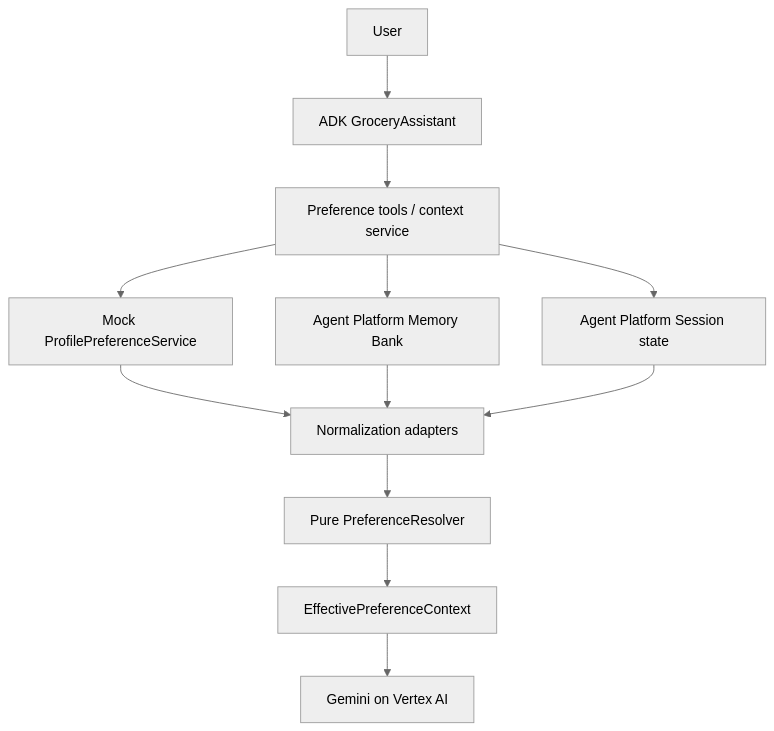
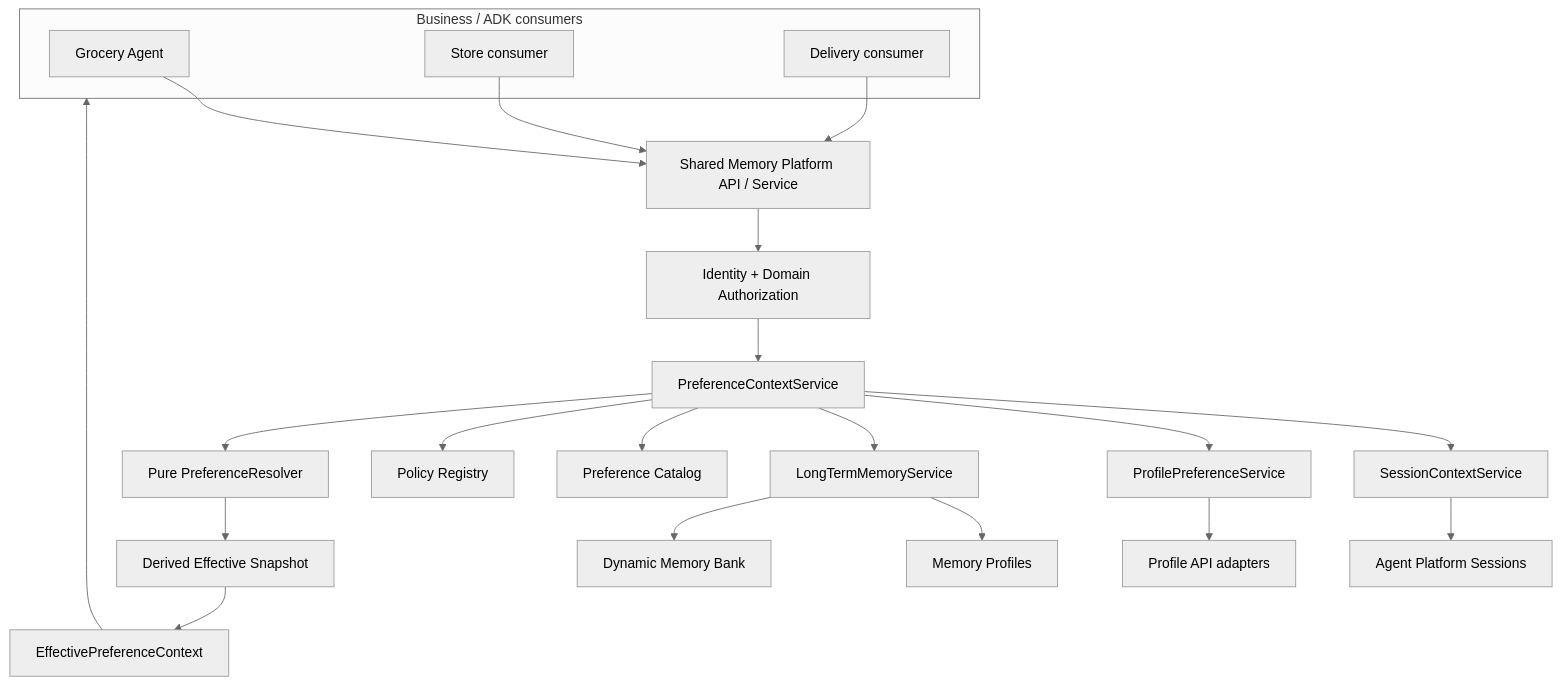
One commit to connect2srinu/jeep-memory-storage changed the first of 3 diagrams in README.md. Above: the diagram before and after it, drawn with Mermaid (neutral theme). The commit also changed other lines of this file and 123 other files, not shown here.

Commit message:
feat: add contract-driven shared memory platform

````diff
--- a/README.md
+++ b/README.md
@@ -25,14 +19,27 @@
 ```mermaid
 flowchart TD
-    U["User"] --> A["ADK GroceryAssistant"]
-    A --> T["Preference tools / context service"]
-    T --> P["Mock ProfilePreferenceService"]
-    T --> M["Agent Platform Memory Bank"]
-    T --> S["Agent Platform Session state"]
-    P --> N["Normalization adapters"]
-    M --> N
-    S --> N
-    N --> R["Pure PreferenceResolver"]
-    R --> E["EffectivePreferenceContext"]
-    E --> G["Gemini on Vertex AI"]
+    subgraph Agents["Business / ADK consumers"]
+      GA["Grocery Agent"]
+      SA["Store consumer"]
+      DA["Delivery consumer"]
+    end
+
+    GA --> API["Shared Memory Platform API / Service"]
+    SA --> API
+    DA --> API
+    API --> AUTH["Identity + Domain Authorization"]
+    AUTH --> CTX["PreferenceContextService"]
+    CTX --> SES["SessionContextService"]
+    CTX --> PRO["ProfilePreferenceService"]
+    CTX --> LTM["LongTermMemoryService"]
+    SES --> APS["Agent Platform Sessions"]
+    PRO --> EXT["Profile API adapters"]
+    LTM --> MP["Memory Profiles"]
+    LTM --> MB["Dynamic Memory Bank"]
+    CTX --> CAT["Preference Catalog"]
+    CTX --> POL["Policy Registry"]
+    CTX --> RES["Pure PreferenceResolver"]
+    RES --> SNAP["Derived Effective Snapshot"]
+    SNAP --> EPC["EffectivePreferenceContext"]
+    EPC --> Agents
 ```
````
